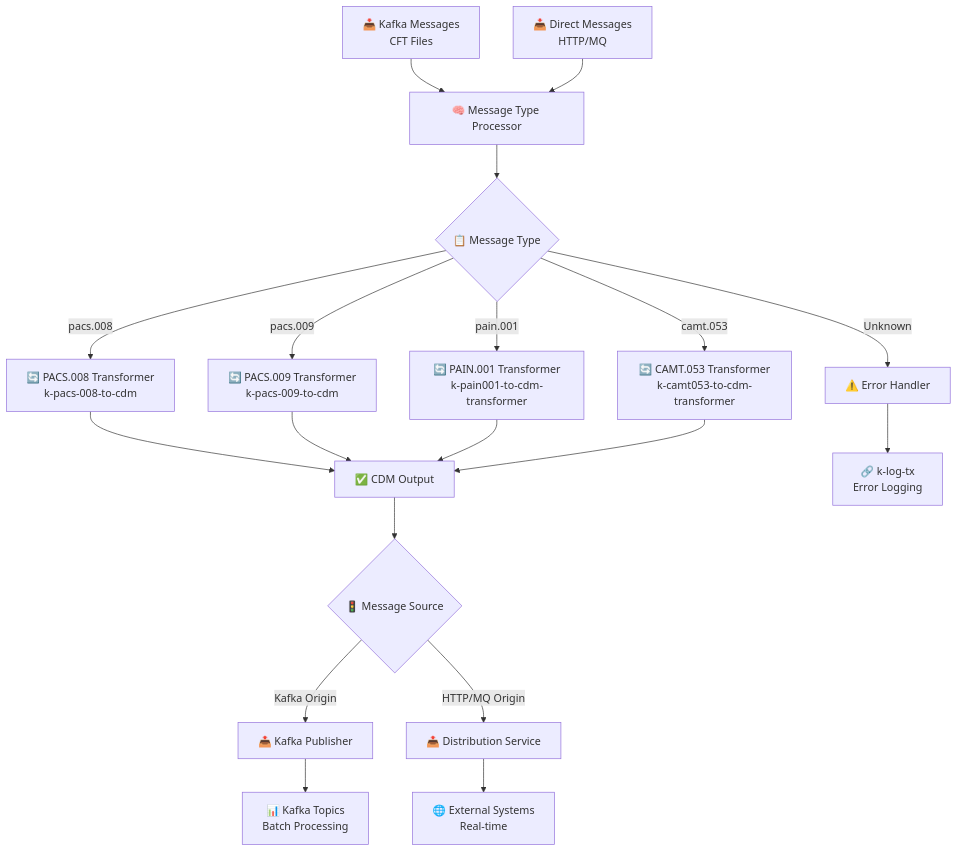
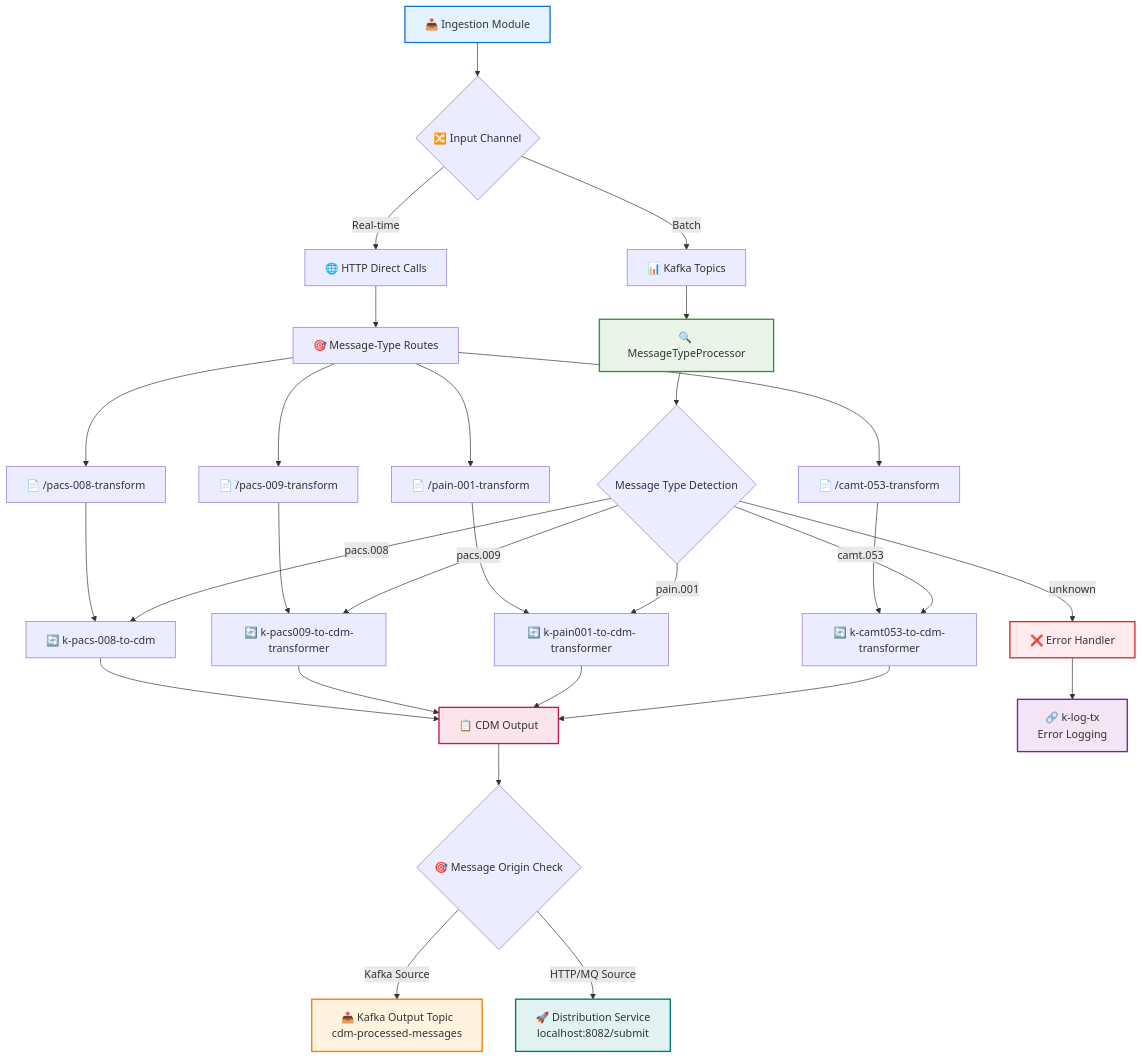
The diagram in business/README.md (nasreddine1985/pixel-v2), drawn with Mermaid before and after one commit. The commit also changed other lines of this file and 1 other file, not shown here.

````diff
--- a/business/README.md
+++ b/business/README.md
@@ -28,21 +22,51 @@
 ```mermaid
-flowchart TD
-    A[📥 Kafka Messages<br/>CFT Files] --> C[🧠 Message Type Processor]
-    B[📥 Direct Messages<br/>HTTP/MQ] --> C
-    C --> D{📋 Message Type}
-    D -->|pacs.008| E[🔄 PACS.008 Transformer<br/>k-pacs-008-to-cdm]
-    D -->|pacs.009| F[🔄 PACS.009 Transformer<br/>k-pacs-009-to-cdm]
-    D -->|pain.001| G[🔄 PAIN.001 Transformer<br/>k-pain001-to-cdm-transformer]
-    D -->|camt.053| H[🔄 CAMT.053 Transformer<br/>k-camt053-to-cdm-transformer]
-    D -->|Unknown| I[⚠️ Error Handler]
-    E --> J[✅ CDM Output]
-    F --> J
-    G --> J
-    H --> J
-    J --> K{🚦 Message Source}
-    K -->|Kafka Origin| L[📤 Kafka Publisher]
-    K -->|HTTP/MQ Origin| M[📤 Distribution Service]
-    L --> N[📊 Kafka Topics<br/>Batch Processing]
-    M --> O[🌐 External Systems<br/>Real-time]
-    I --> P[🔗 k-log-tx<br/>Error Logging]
+flowchart TB
+    A[📥 Ingestion Module]
+
+    A --> B{🔀 Input Channel}
+
+    B -->|Real-time| C[🌐 HTTP Direct Calls]
+    B -->|Batch| D[📊 Kafka Topics]
+
+    C --> E[🎯 Message-Type Routes]
+    D --> F[🔍 MessageTypeProcessor]
+
+    E --> E1[📄 /pacs-008-transform]
+    E --> E2[📄 /pacs-009-transform]
+    E --> E3[📄 /pain-001-transform]
+    E --> E4[📄 /camt-053-transform]
+
+    F --> G{Message Type Detection}
+
+    E1 --> H1[🔄 k-pacs-008-to-cdm]
+    E2 --> H2[🔄 k-pacs009-to-cdm-transformer]
+    E3 --> H3[🔄 k-pain001-to-cdm-transformer]
+    E4 --> H4[🔄 k-camt053-to-cdm-transformer]
+
+    G -->|pacs.008| H1
+    G -->|pacs.009| H2
+    G -->|pain.001| H3
+    G -->|camt.053| H4
+    G -->|unknown| I[❌ Error Handler]
+
+    H1 --> J[📋 CDM Output]
+    H2 --> J
+    H3 --> J
+    H4 --> J
+
+    J --> K{🎯 Message Origin Check}
+
+    K -->|Kafka Source| L[📤 Kafka Output Topic<br/>cdm-processed-messages]
+    K -->|HTTP/MQ Source| M[🚀 Distribution Service<br/>localhost:8082/submit]
+
+    I --> N[🔗 k-log-tx<br/>Error Logging]
+
+    %% Styling
+    style A fill:#e3f2fd,stroke:#1976d2,stroke-width:2px
+    style F fill:#e8f5e8,stroke:#388e3c,stroke-width:2px
+    style J fill:#fce4ec,stroke:#c2185b,stroke-width:2px
+    style L fill:#fff3e0,stroke:#f57c00,stroke-width:2px
+    style M fill:#e0f2f1,stroke:#00796b,stroke-width:2px
+    style I fill:#ffebee,stroke:#d32f2f,stroke-width:2px
+    style N fill:#f3e5f5,stroke:#7b1fa2,stroke-width:2px
 ```
````
